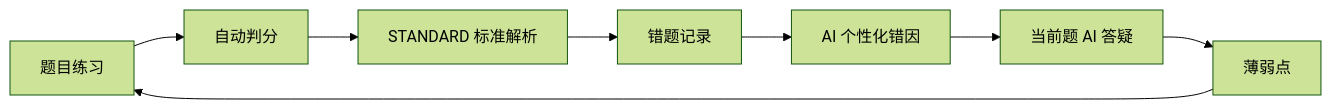
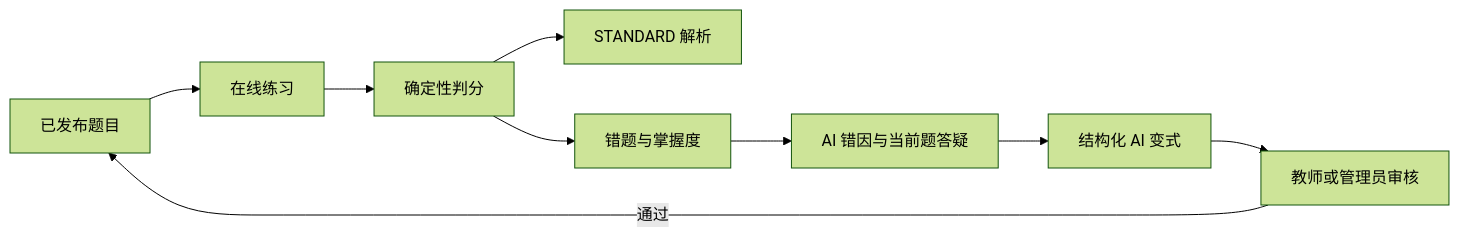
Before and after one commit to Fiesty-Abyss/rike-tiku: the diagram in README.md, drawn with Mermaid (forest theme). The commit also changed other lines of this file and 15 other files, not shown here.

````diff
--- a/README.md
+++ b/README.md
@@ -34,10 +24,11 @@
 ```mermaid
 flowchart LR
-    A[题目练习] --> B[自动判分]
-    B --> C[STANDARD 标准解析]
-    C --> D[错题记录]
-    D --> E[AI 个性化错因]
-    E --> F[当前题 AI 答疑]
-    F --> G[薄弱点]
-    G --> A
+    Q[已发布题目] --> P[在线练习]
+    P --> G[确定性判分]
+    G --> S[STANDARD 解析]
+    G --> W[错题与掌握度]
+    W --> A[AI 错因与当前题答疑]
+    A --> V[结构化 AI 变式]
+    V --> R[教师或管理员审核]
+    R -->|通过| Q
 ```
````
